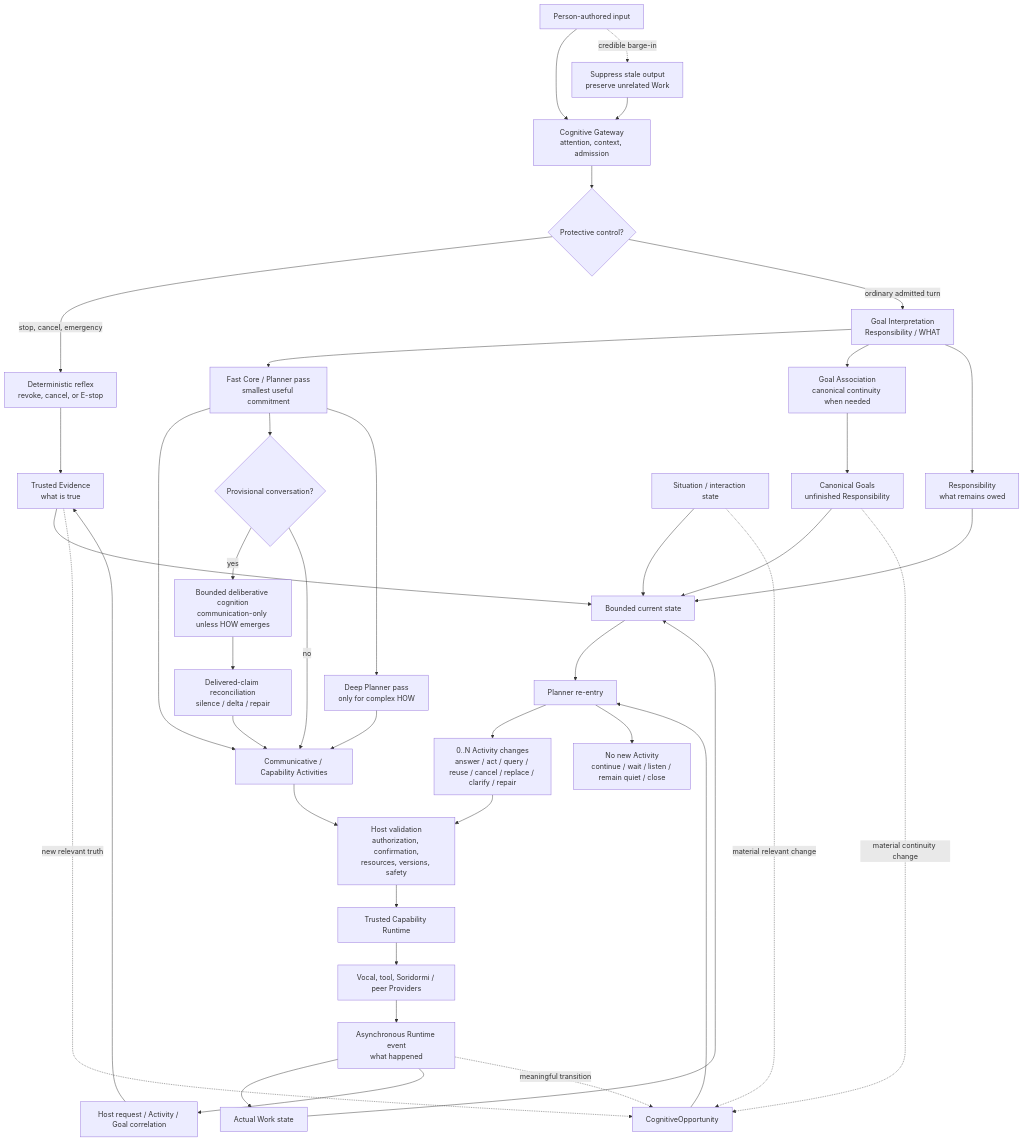
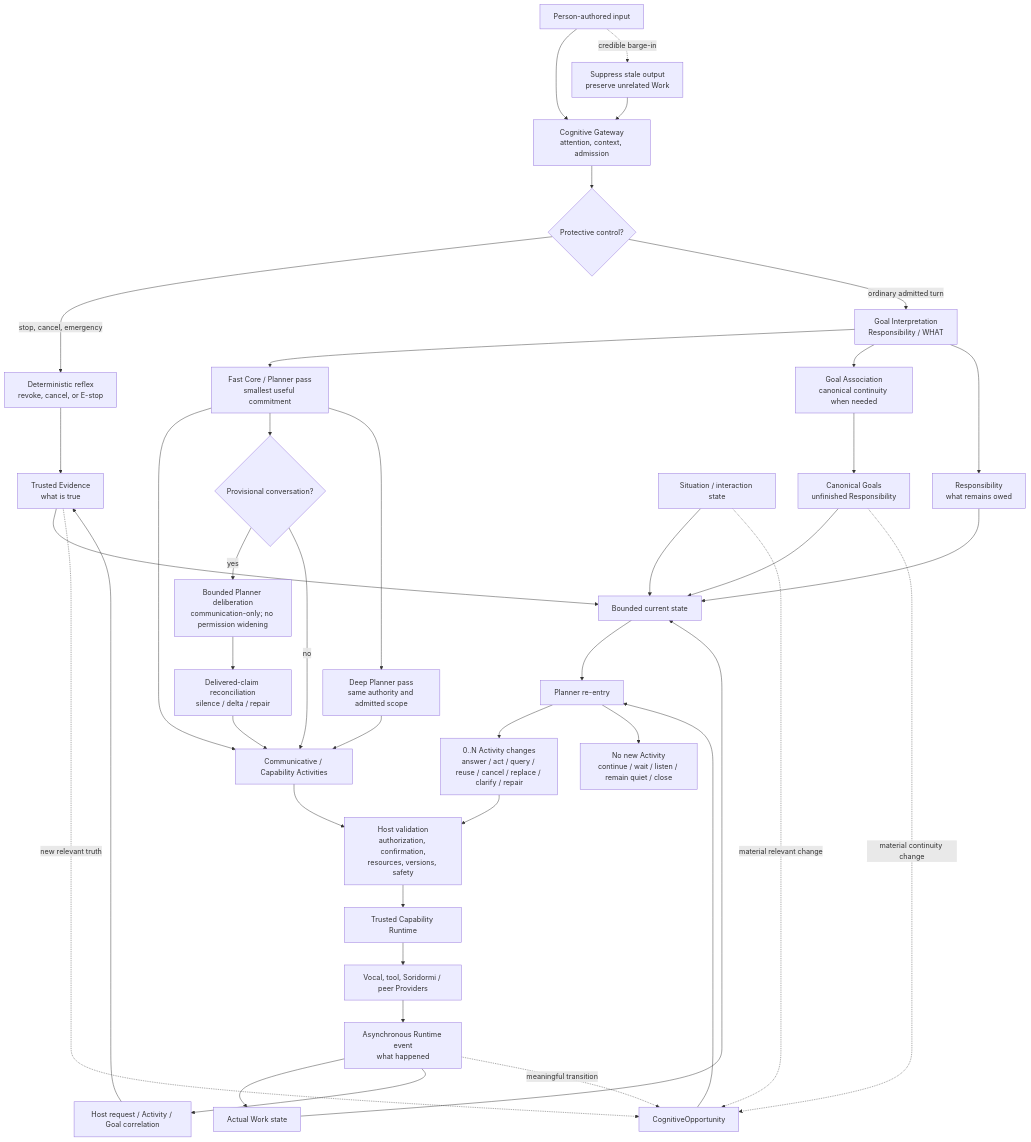
One commit to TimeTreker/chromie changed the diagram in docs/GOAL_DRIVEN_COGNITIVE_ARCHITECTURE.md. Above: the diagram before and after it, drawn with Mermaid. The commit also changed other lines of this file and 25 other files, not shown here.

Commit message:
fix(planner): unify goal-free communication authority

````diff
--- a/docs/GOAL_DRIVEN_COGNITIVE_ARCHITECTURE.md
+++ b/docs/GOAL_DRIVEN_COGNITIVE_ARCHITECTURE.md
@@ -1716,50 +1718,50 @@
 ```mermaid
 flowchart TD
     USER["Person-authored input"] --> GATEWAY["Cognitive Gateway<br/>attention, context, admission"]
     GATEWAY --> CONTROL{"Protective control?"}
     CONTROL -->|"stop, cancel, emergency"| REFLEX["Deterministic reflex<br/>revoke, cancel, or E-stop"]
     CONTROL -->|"ordinary admitted turn"| GI["Goal Interpretation<br/>Responsibility / WHAT"]
 
     GI --> PLAN["Fast Core / Planner pass<br/>smallest useful commitment"]
     GI --> GA["Goal Association<br/>canonical continuity when needed"]
     PLAN --> WORK["Communicative / Capability Activities"]
     PLAN --> PROV{"Provisional conversation?"}
-    PROV -->|"yes"| DELIB["Bounded deliberative cognition<br/>communication-only unless HOW emerges"]
+    PROV -->|"yes"| DELIB["Bounded Planner deliberation<br/>communication-only; no permission widening"]
     PROV -->|"no"| WORK
-    PLAN --> DEEP["Deep Planner pass<br/>only for complex HOW"]
+    PLAN --> DEEP["Deep Planner pass<br/>same authority and admitted scope"]
     DELIB --> RECON["Delivered-claim reconciliation<br/>silence / delta / repair"]
     DEEP --> WORK
     RECON --> WORK
     GA --> GOALS["Canonical Goals<br/>unfinished Responsibility"]
 
     WORK --> HOST["Host validation<br/>authorization, confirmation,<br/>resources, versions, safety"]
     HOST --> RUNTIME["Trusted Capability Runtime"]
     RUNTIME --> PROVIDER["Vocal, tool, Soridormi / peer Providers"]
     PROVIDER --> EVENT["Asynchronous Runtime event<br/>what happened"]
 
     EVENT --> WORKSTATE["Actual Work state"]
     EVENT --> CORRELATE["Host request / Activity / Goal correlation"]
     CORRELATE --> EVIDENCE["Trusted Evidence<br/>what is true"]
     REFLEX --> EVIDENCE
 
     GI --> RESP["Responsibility<br/>what remains owed"]
     RESP --> STATE["Bounded current state"]
     GOALS --> STATE
     WORKSTATE --> STATE
     EVIDENCE --> STATE
     SITUATION["Situation / interaction state"] --> STATE
 
     EVENT -. "meaningful transition" .-> OPP["CognitiveOpportunity"]
     EVIDENCE -. "new relevant truth" .-> OPP
     GOALS -. "material continuity change" .-> OPP
     SITUATION -. "material relevant change" .-> OPP
     OPP --> REENTRY["Planner re-entry"]
     STATE --> REENTRY
 
     REENTRY --> DELTA["0..N Activity changes<br/>answer / act / query / reuse / cancel / replace / clarify / repair"]
     REENTRY --> QUIET["No new Activity<br/>continue / wait / listen / remain quiet / close"]
     DELTA --> HOST
 
     USER -. "credible barge-in" .-> YIELD["Suppress stale output<br/>preserve unrelated Work"]
     YIELD --> GATEWAY
 ```
````
